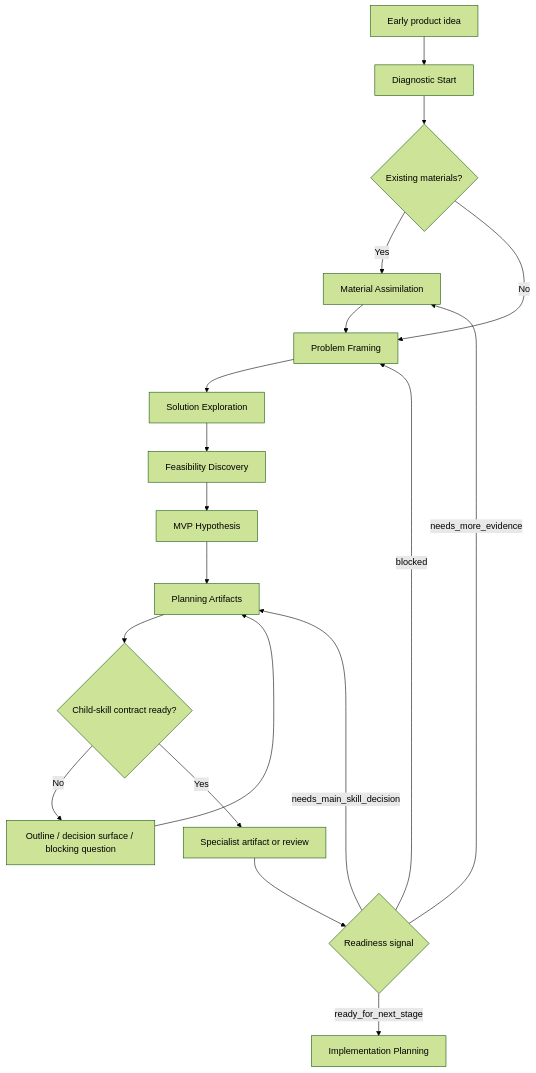
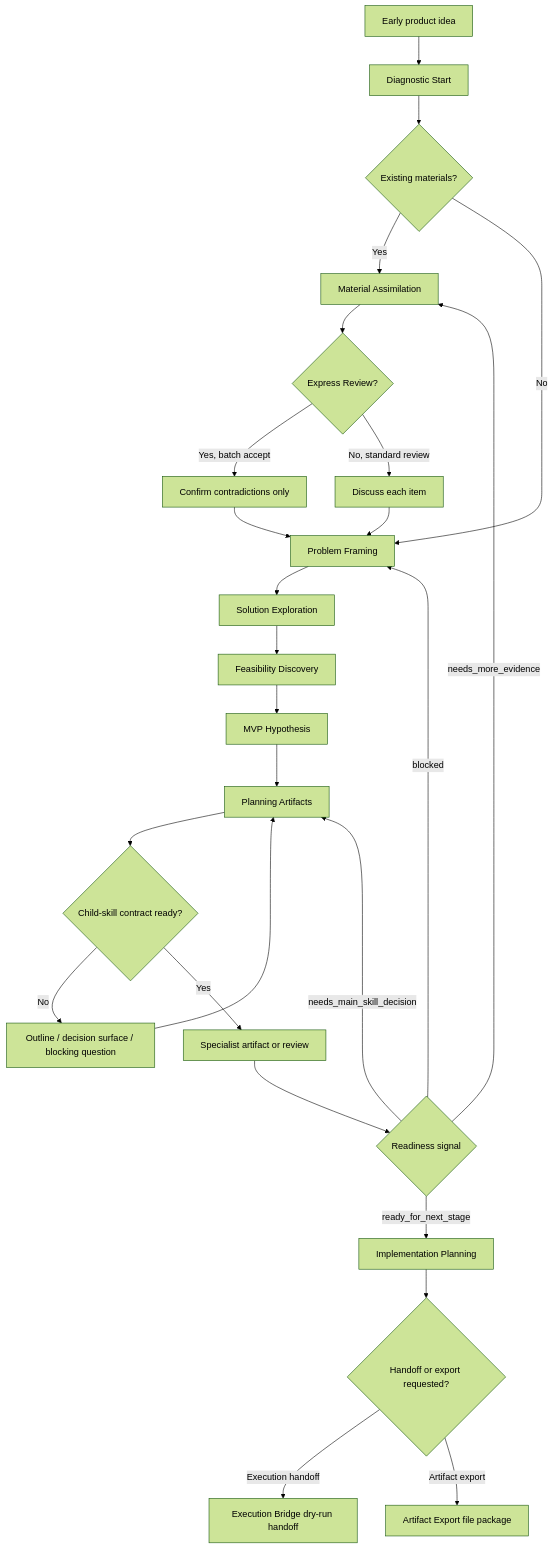
Before and after one commit to Conradgui/zero-to-one-product-discovery-plugin: the diagram in skills/zero-to-one-product-discovery/references/workflow.md, drawn with Mermaid (forest theme). The commit also changed other lines of this file and 38 other files, not shown here.

````diff
--- a/skills/zero-to-one-product-discovery/references/workflow.md
+++ b/skills/zero-to-one-product-discovery/references/workflow.md
@@ -72,21 +149,28 @@
 ```mermaid
 flowchart TD
     A[Early product idea] --> B[Diagnostic Start]
     B --> C{Existing materials?}
     C -->|Yes| D[Material Assimilation]
     C -->|No| E[Problem Framing]
-    D --> E
+    D --> D1{Express Review?}
+    D1 -->|Yes, batch accept| D2[Confirm contradictions only]
+    D2 --> E
+    D1 -->|No, standard review| D3[Discuss each item]
+    D3 --> E
     E --> F[Solution Exploration]
     F --> G[Feasibility Discovery]
     G --> H[MVP Hypothesis]
     H --> I[Planning Artifacts]
     I --> K{Child-skill contract ready?}
     K -->|No| L[Outline / decision surface / blocking question]
     L --> I
     K -->|Yes| M[Specialist artifact or review]
     M --> N{Readiness signal}
     N -->|ready_for_next_stage| J[Implementation Planning]
     N -->|needs_more_evidence| D
     N -->|needs_main_skill_decision| I
     N -->|blocked| E
+    J --> O{Handoff or export requested?}
+    O -->|Execution handoff| P[Execution Bridge dry-run handoff]
+    O -->|Artifact export| Q[Artifact Export file package]
 ```
````
